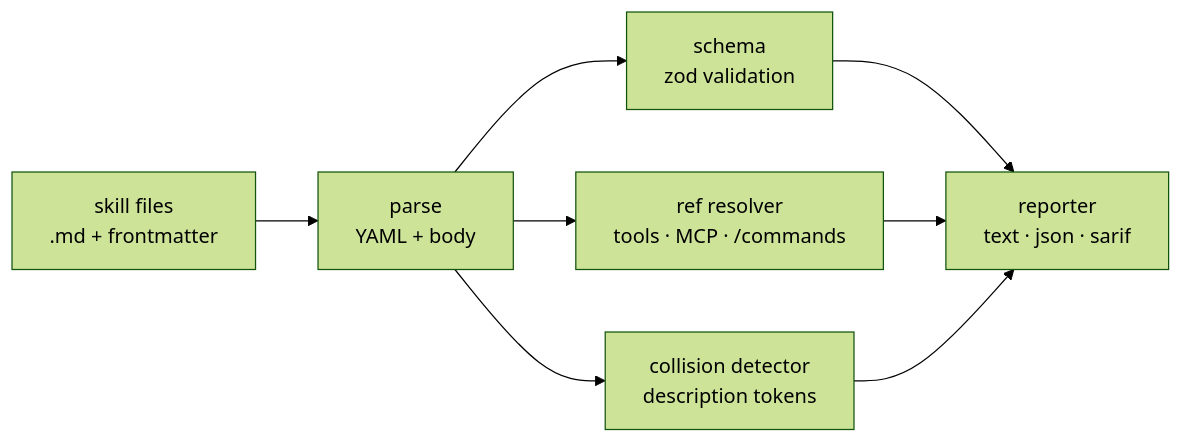
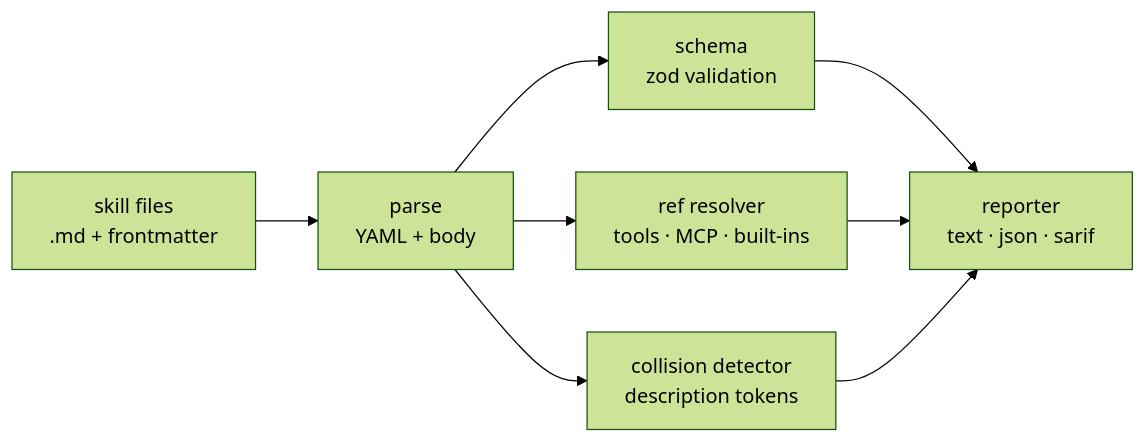
Before and after one commit to erphq/skillcheck: the diagram in README.md, drawn with Mermaid (forest theme). The commit also changed other lines of this file, not shown here.

````diff
--- a/README.md
+++ b/README.md
@@ -56,8 +155,8 @@
 ```mermaid
 flowchart LR
   files[skill files<br/>.md + frontmatter] --> P[parse<br/>YAML + body]
   P --> S[schema<br/>zod validation]
-  P --> R[ref resolver<br/>tools · MCP · /commands]
+  P --> R[ref resolver<br/>tools · MCP · built-ins]
   P --> C[collision detector<br/>description tokens]
   S & R & C --> O[reporter<br/>text · json · sarif]
 ```
````
